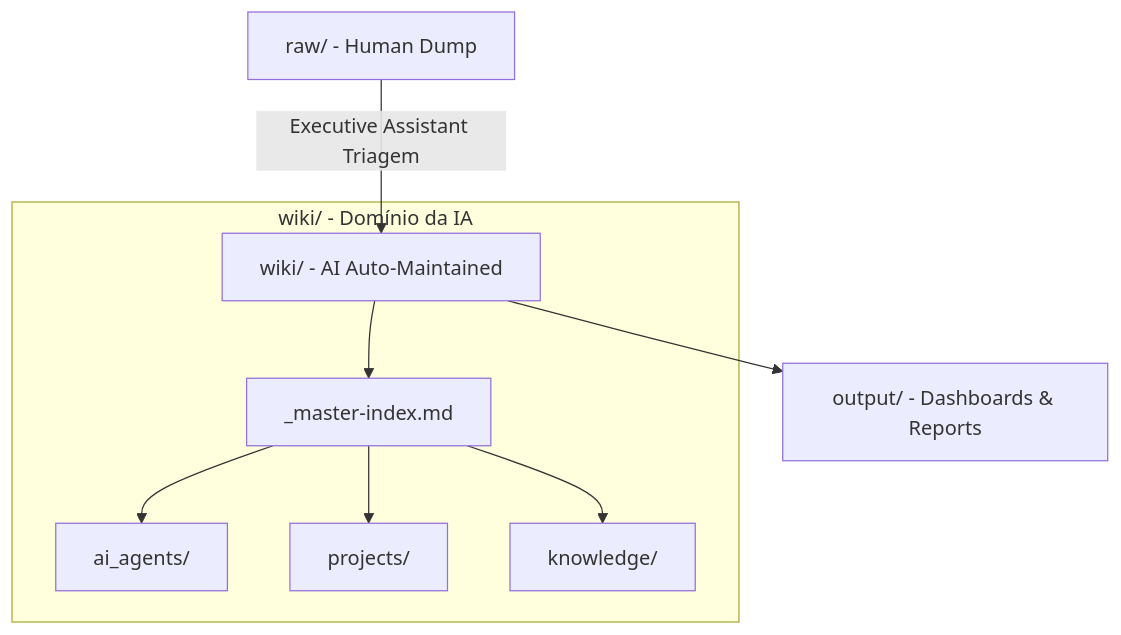
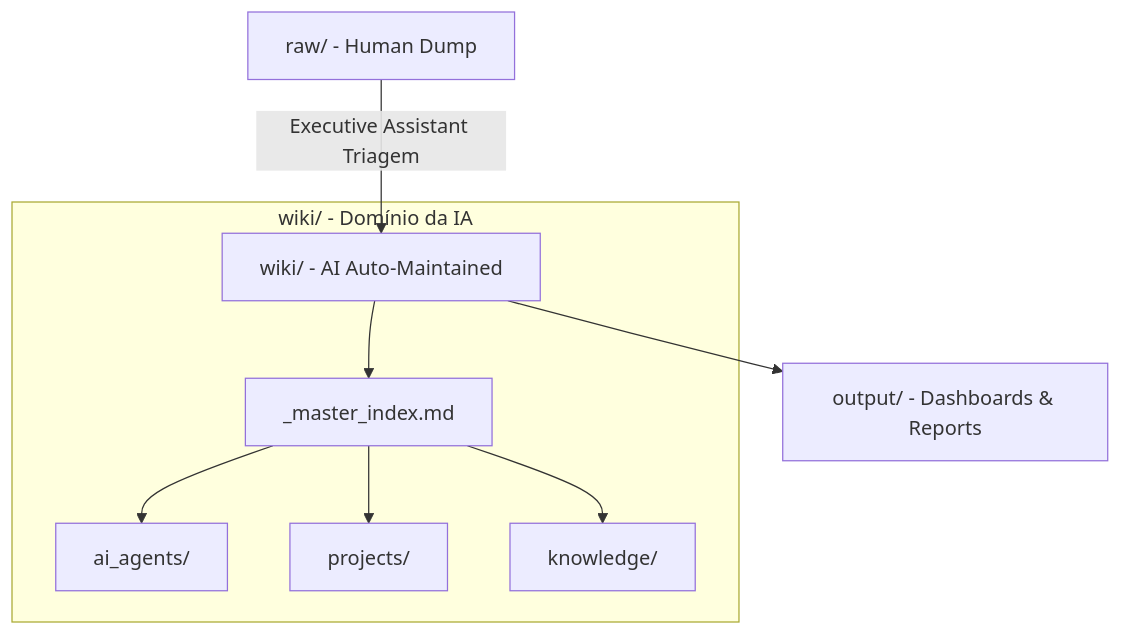
One commit to talesoftalles1-dev/tales-of-talles changed the diagram in 70 Sistema/_Spec JARVIS.md. Above: the diagram before and after it, drawn with Mermaid. The commit also changed other lines of this file and 20 other files, not shown here.

````diff
--- a/70 Sistema/_Spec JARVIS.md
+++ b/70 Sistema/_Spec JARVIS.md
@@ -46,12 +50,12 @@
 ```mermaid
 graph TD
     A["raw/ - Human Dump"] -->|"Executive Assistant Triagem"| B["wiki/ - AI Auto-Maintained"]
     B --> C["output/ - Dashboards & Reports"]
 
     subgraph W["wiki/ - Domínio da IA"]
-        B --> B1["_master-index.md"]
+        B --> B1["_master_index.md"]
         B1 --> B2["ai_agents/"]
         B1 --> B3["projects/"]
         B1 --> B4["knowledge/"]
     end
 ```
````
